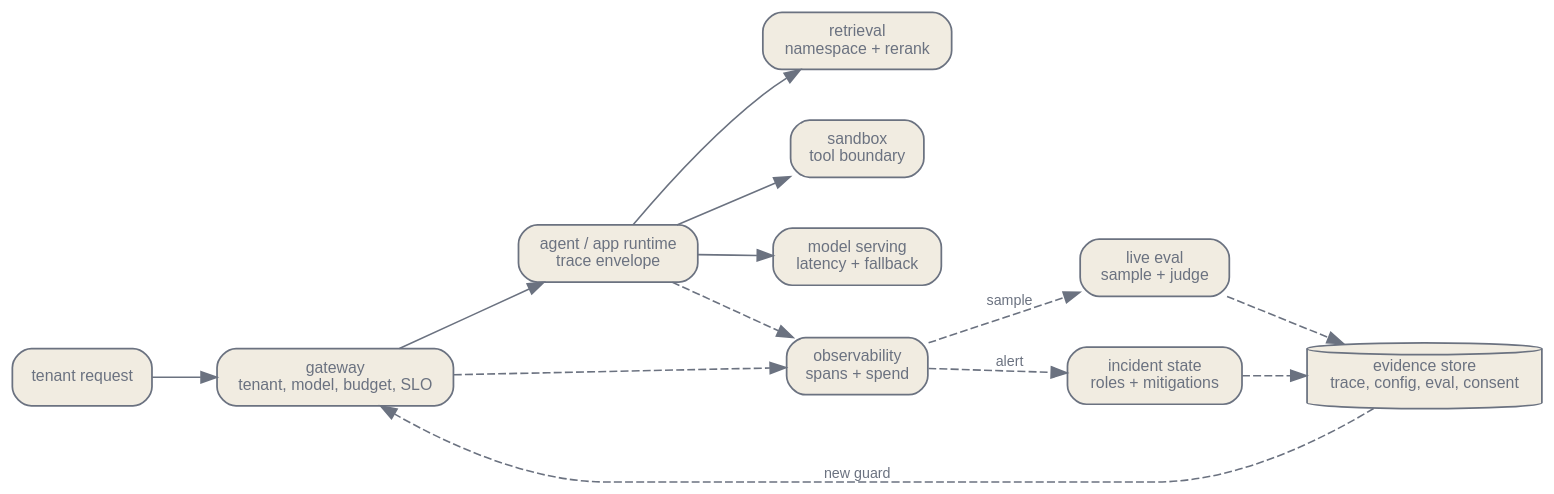
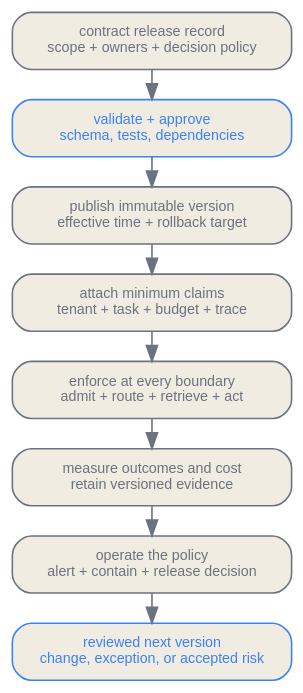
Before and after one commit to latere-ai/ai-as-an-infrastructure: the first of 2 diagrams in en/practice/13-operating-contracts.qmd, drawn with Graphviz. The commit also changed other lines of this file and 4 other files, not shown here.

Commit message:
docs: rewrite operating contracts

````diff
--- a/en/practice/13-operating-contracts.qmd
+++ b/en/practice/13-operating-contracts.qmd
@@ -50,34 +55,22 @@
 ```{dot}
 //| label: fig-operating-contracts-control-plane
-//| fig-cap: "Operating contracts as a control plane. Tenant identity, SLO target, cost budget, incident state, and evidence ID travel with the request instead of living in separate spreadsheets."
+//| fig-cap: "A versioned operating contract moves through review and publication before runtime boundaries enforce it. Measurements and incidents produce evidence for a later reviewed version; they do not silently rewrite the active policy."
 digraph contracts {
   bgcolor="transparent";
-  rankdir=LR;
-  nodesep=0.45; ranksep=0.55;
-  node [shape=box, style="rounded,filled", fontname="Helvetica", fontsize=10, color="#6b7280", fontcolor="#6b7280", fillcolor="#f1ece1", penwidth=1.1];
-  edge [fontsize=9, fontname="Helvetica", color="#6b7280", fontcolor="#6b7280"];
+  rankdir=TB;
+  graph [nodesep=0.18, ranksep=0.26];
+  node [shape=box, style="rounded,filled", fontname="Helvetica", fontsize=9, color="#6b7280", fontcolor="#6b7280", fillcolor="#f1ece1", margin="0.09,0.06", width=2.45];
+  edge [fontsize=8, fontname="Helvetica", color="#6b7280", fontcolor="#6b7280"];
 
-  user [label="tenant request"];
-  gw [label="gateway\ntenant, model, budget, SLO"];
-  app [label="agent / app runtime\ntrace envelope"];
-  rag [label="retrieval\nnamespace + rerank"];
-  sbx [label="sandbox\ntool boundary"];
-  model [label="model serving\nlatency + fallback"];
-  obs [label="observability\nspans + spend"];
-  eval [label="live eval\nsample + judge"];
-  inc [label="incident state\nroles + mitigations"];
-  data [label="evidence store\ntrace, config, eval, consent", shape=cylinder];
+  record [label="contract release record\nscope + owners + decision policy"];
+  review [label="validate + approve\nschema, tests, dependencies", color="#3b82f6", fontcolor="#3b82f6"];
+  publish [label="publish immutable version\neffective time + rollback target"];
+  claims [label="attach minimum claims\ntenant + task + budget + trace"];
+  enforce [label="enforce at every boundary\nadmit + route + retrieve + act"];
+  observe [label="measure outcomes and cost\nretain versioned evidence"];
+  decide [label="operate the policy\nalert + contain + release decision"];
+  next [label="reviewed next version\nchange, exception, or accepted risk", color="#3b82f6", fontcolor="#3b82f6"];
 
-  user -> gw -> app;
-  app -> rag;
-  app -> sbx;
-  app -> model;
-  gw -> obs [style=dashed];
-  app -> obs [style=dashed];
-  obs -> eval [style=dashed, label="sample"];
-  obs -> inc [style=dashed, label="alert"];
-  eval -> data [style=dashed];
-  inc -> data [style=dashed];
-  data -> gw [style=dashed, label="new guard"];
+  record -> review -> publish -> claims -> enforce -> observe -> decide -> next;
 }
 ```
````
